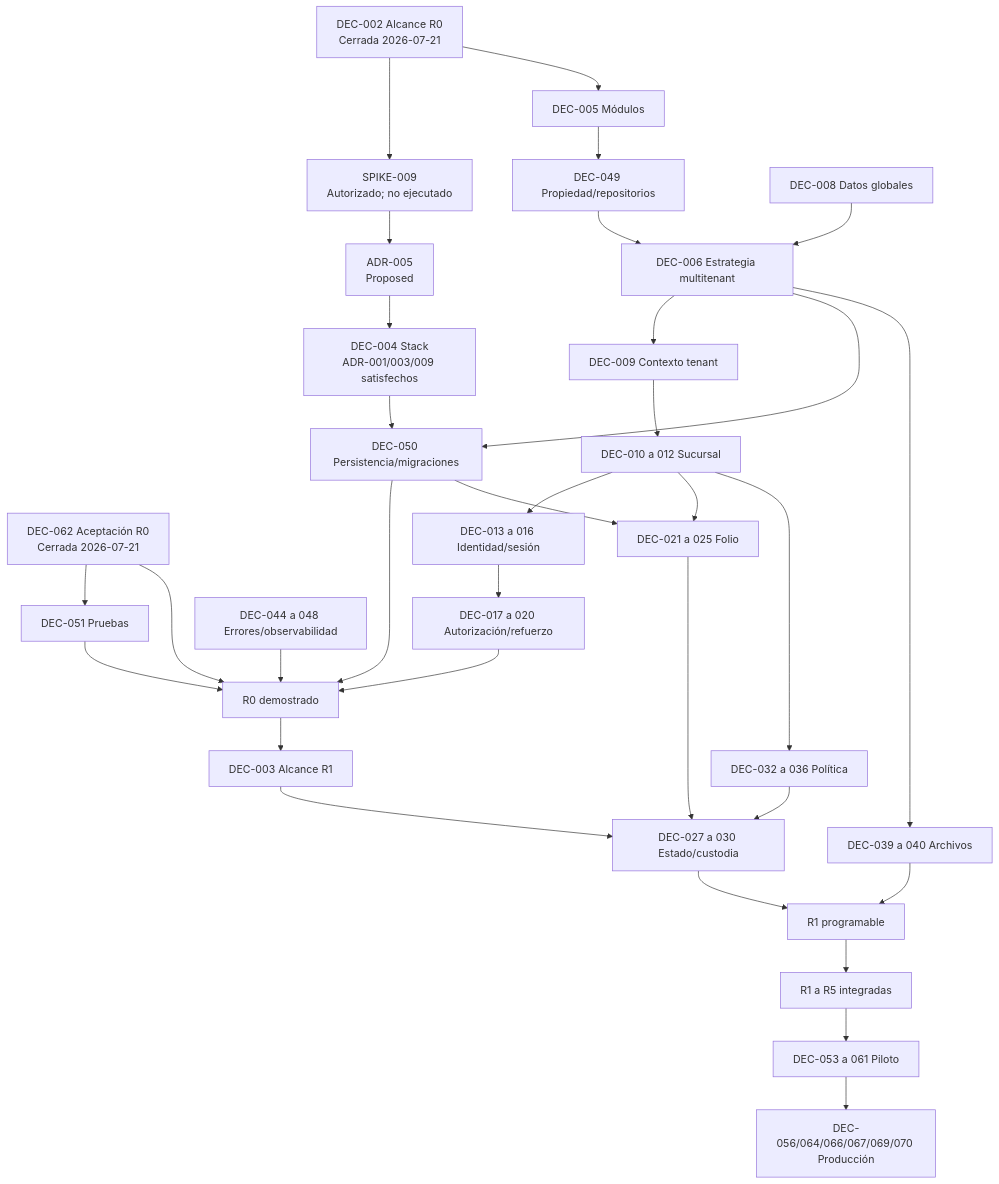
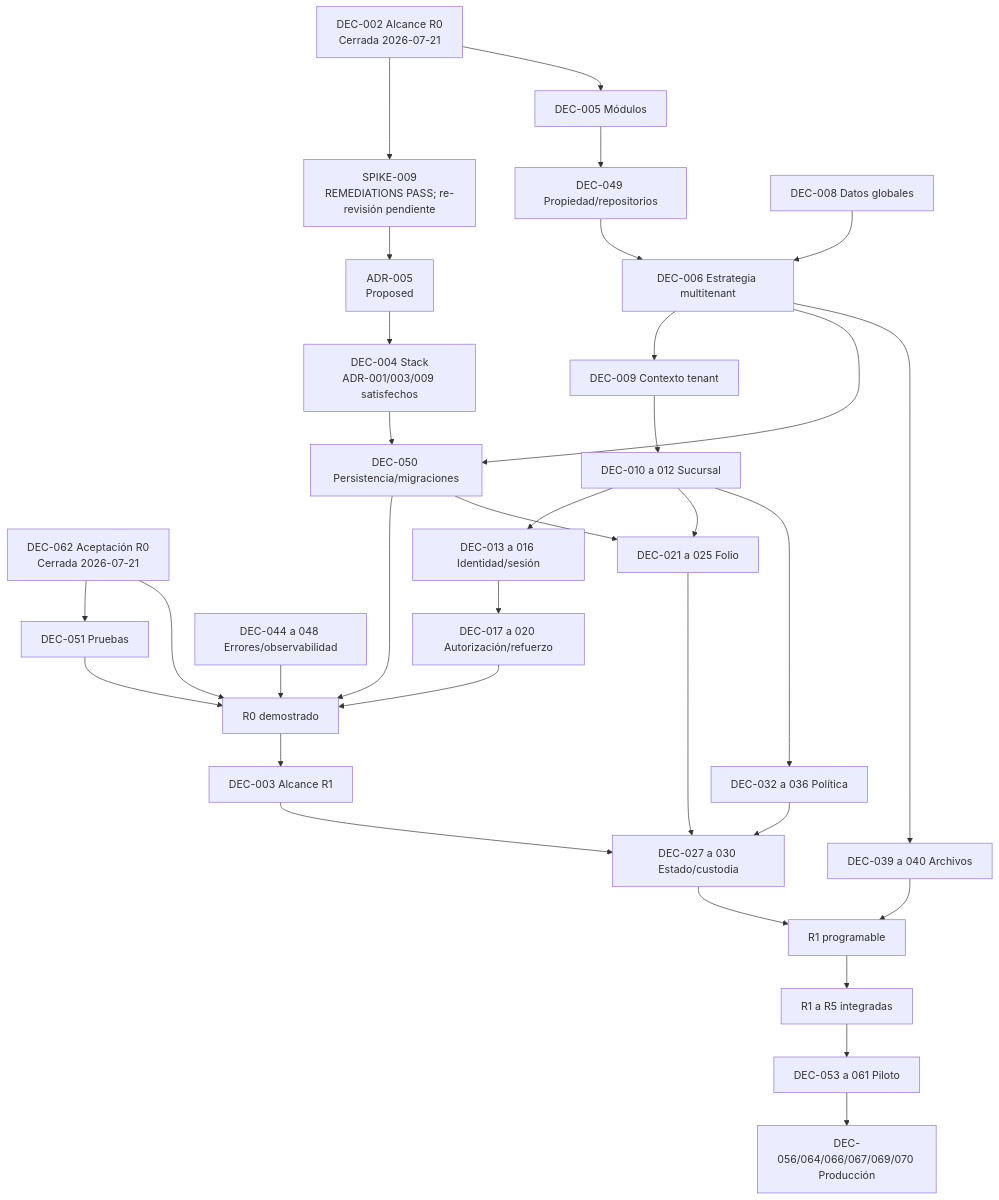
One commit to luisgtzaviles/SrTaller-2.0 changed the diagram in docs/architecture-readiness/blocker-closure/DEPENDENCIAS_ENTRE_DECISIONES.md. Above: the diagram before and after it, drawn with Mermaid. The commit also changed other lines of this file and 66 other files, not shown here.

Commit message:
test: preserve NestJS architecture spike evidence

````diff
--- a/docs/architecture-readiness/blocker-closure/DEPENDENCIAS_ENTRE_DECISIONES.md
+++ b/docs/architecture-readiness/blocker-closure/DEPENDENCIAS_ENTRE_DECISIONES.md
@@ -5,39 +5,39 @@
 ```mermaid
 flowchart TD
-    SCOPE[DEC-002 Alcance R0<br/>Cerrada 2026-07-21] --> SPIKE9[SPIKE-009<br/>Autorizado; no ejecutado]
+    SCOPE[DEC-002 Alcance R0<br/>Cerrada 2026-07-21] --> SPIKE9[SPIKE-009<br/>REMEDIATIONS PASS; re-revisión pendiente]
     SPIKE9 --> ADR5[ADR-005<br/>Proposed]
     ADR5 --> STACK[DEC-004 Stack<br/>ADR-001/003/009 satisfechos]
     SCOPE --> MODULES[DEC-005 Módulos]
     ACCEPT[DEC-062 Aceptación R0<br/>Cerrada 2026-07-21] --> TEST[DEC-051 Pruebas]
     ACCEPT --> R0
     STACK --> DATA[DEC-050 Persistencia/migraciones]
     MODULES --> OWN[DEC-049 Propiedad/repositorios]
 
     GLOBAL[DEC-008 Datos globales] --> MT[DEC-006 Estrategia multitenant]
     OWN --> MT
     MT --> TC[DEC-009 Contexto tenant]
     TC --> BR[DEC-010 a 012 Sucursal]
     BR --> ID[DEC-013 a 016 Identidad/sesión]
     ID --> AUTH[DEC-017 a 020 Autorización/refuerzo]
     MT --> DATA
 
     TEST[DEC-051 Pruebas] --> R0[R0 demostrado]
     AUTH --> R0
     DATA --> R0
     OBS[DEC-044 a 048 Errores/observabilidad] --> R0
 
     R0 --> R1S[DEC-003 Alcance R1]
     BR --> FOLIO[DEC-021 a 025 Folio]
     DATA --> FOLIO
     R1S --> CUST[DEC-027 a 030 Estado/custodia]
     FOLIO --> CUST
     BR --> POLICY[DEC-032 a 036 Política]
     POLICY --> CUST
     MT --> FILES[DEC-039 a 040 Archivos]
     CUST --> R1[R1 programable]
     FILES --> R1
 
     R1 --> MVP[R1 a R5 integradas]
     MVP --> PILOT[DEC-053 a 061 Piloto]
     PILOT --> PROD[DEC-056/064/066/067/069/070 Producción]
 ```
````
